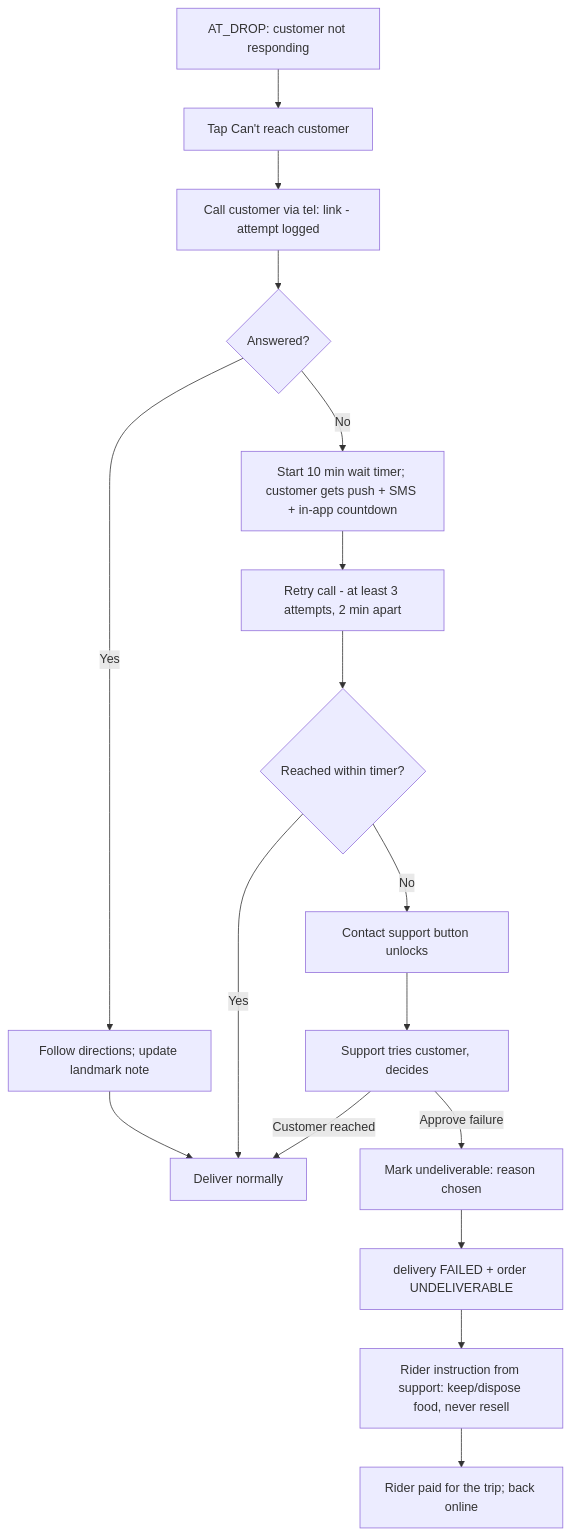
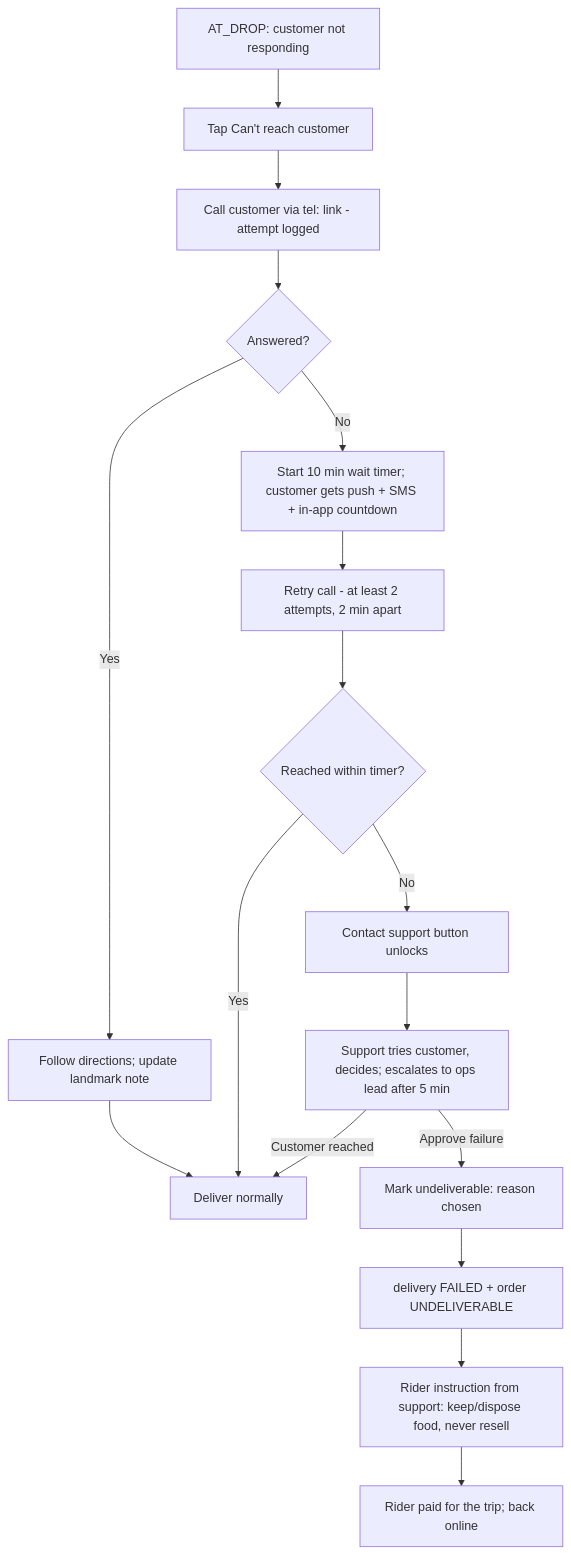
One commit to storetmobiles2-code/rovo changed the fourth of 4 diagrams in docs/planning/06-delivery-workflow.md. Above: the diagram before and after it, drawn with Mermaid. The commit also changed other lines of this file and 11 other files, not shown here.

````diff
--- a/docs/planning/06-delivery-workflow.md
+++ b/docs/planning/06-delivery-workflow.md
@@ -245,18 +256,18 @@
 ```mermaid
 flowchart TD
     A[AT_DROP: customer not responding] --> B[Tap Can't reach customer]
     B --> C[Call customer via tel: link - attempt logged]
     C --> D{Answered?}
     D -- Yes --> E[Follow directions; update landmark note] --> F[Deliver normally]
     D -- No --> G[Start 10 min wait timer; customer gets push + SMS + in-app countdown]
-    G --> H[Retry call - at least 3 attempts, 2 min apart]
+    G --> H[Retry call - at least 2 attempts, 2 min apart]
     H --> I{Reached within timer?}
     I -- Yes --> F
     I -- No --> J[Contact support button unlocks]
-    J --> K[Support tries customer, decides]
+    J --> K[Support tries customer, decides; escalates to ops lead after 5 min]
     K -- Customer reached --> F
     K -- Approve failure --> L[Mark undeliverable: reason chosen]
     L --> M[delivery FAILED + order UNDELIVERABLE]
     M --> N[Rider instruction from support: keep/dispose food, never resell]
     N --> O[Rider paid for the trip; back online]
 ```
````
